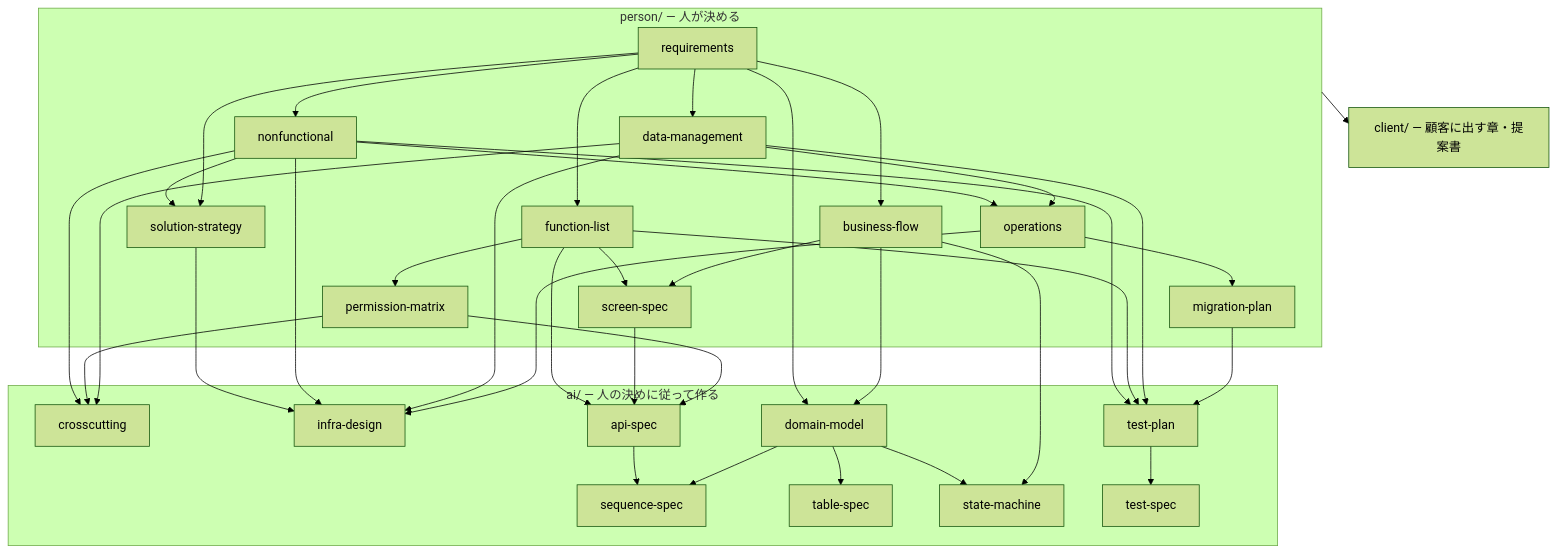
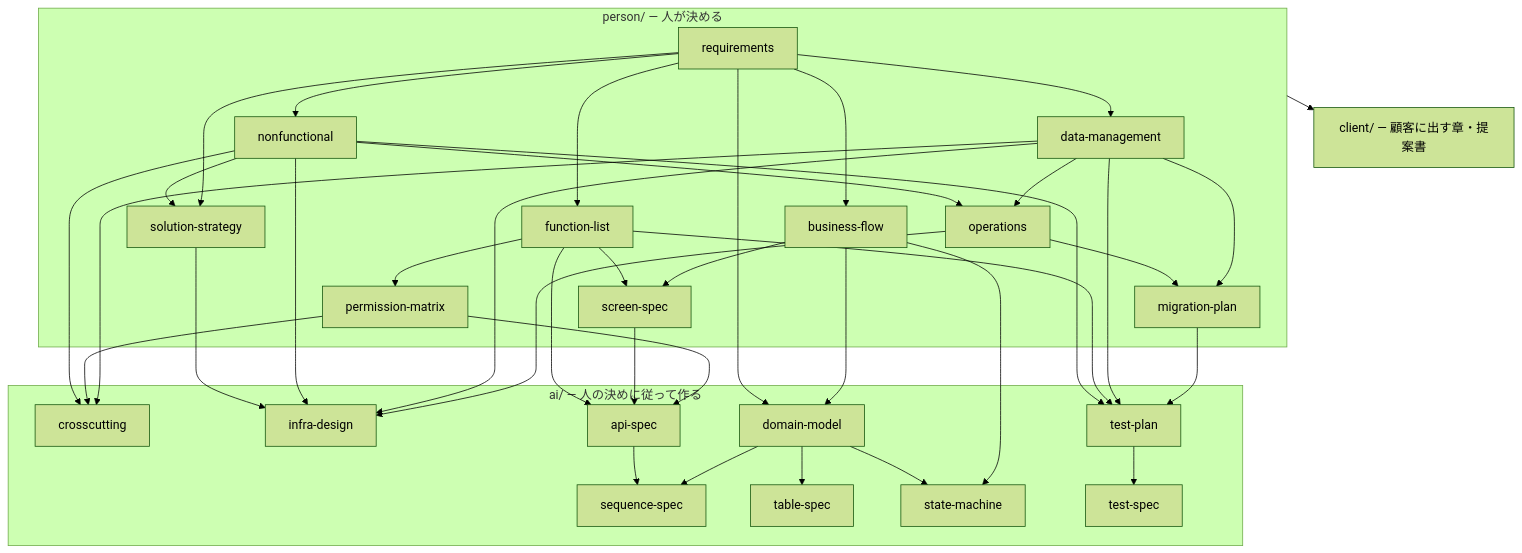
Before and after one commit to SakakitaniJunya/Igeta: the diagram in templates/docs/ai/handbook/how-to/01-document-taxonomy.md, drawn with Mermaid (forest theme). The commit also changed other lines of this file and 25 other files, not shown here.

First line of the commit message:
person の雛形を人の型へ作り直す — 結論・図・決まりの表 (状態)・決めてほしいこと・関連

````diff
--- a/templates/docs/ai/handbook/how-to/01-document-taxonomy.md
+++ b/templates/docs/ai/handbook/how-to/01-document-taxonomy.md
@@ -170,24 +172,25 @@
 ```mermaid
 flowchart TB
   subgraph person["person/ — 人が決める"]
     REQ["requirements"] --> FN["function-list"] & NFR["nonfunctional"] & DM["data-management"] & BF["business-flow"]
     FN --> PRM["permission-matrix"] & SCR["screen-spec"]
     NFR & REQ --> SS["solution-strategy"]
     NFR & DM --> OPS["operations"] --> MIG["migration-plan"]
+    DM --> MIG
     BF --> SCR
   end
   subgraph ai["ai/ — 人の決めに従って作る"]
     XC["crosscutting"]
     INF["infra-design"]
     API["api-spec"] --> SEQ["sequence-spec"]
     DOM["domain-model"] --> TBL["table-spec"] & STM["state-machine"] & SEQ
     TSP["test-plan"] --> TST["test-spec"]
   end
   NFR & PRM & DM --> XC
   SS & NFR & DM & OPS --> INF
   FN & SCR & PRM --> API
   REQ & BF --> DOM
   NFR & FN & DM & MIG --> TSP
   BF --> STM
   person --> client["client/ — 顧客に出す章・提案書"]
 ```
````
